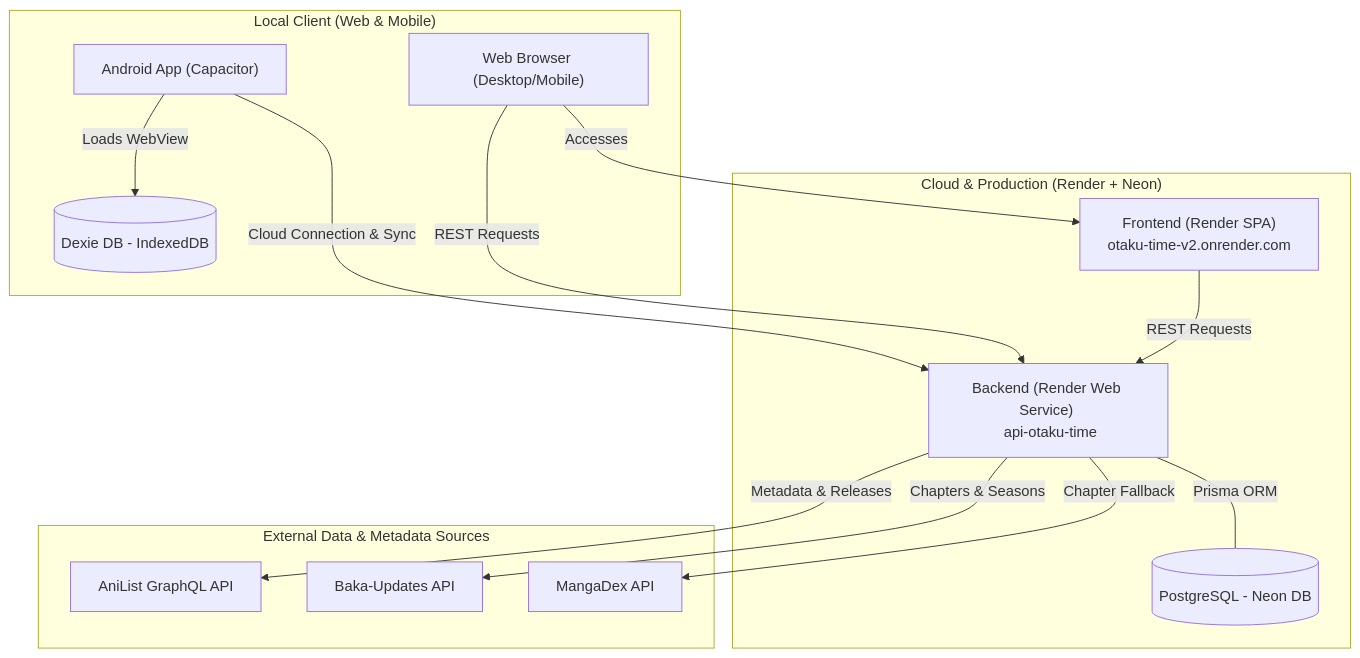
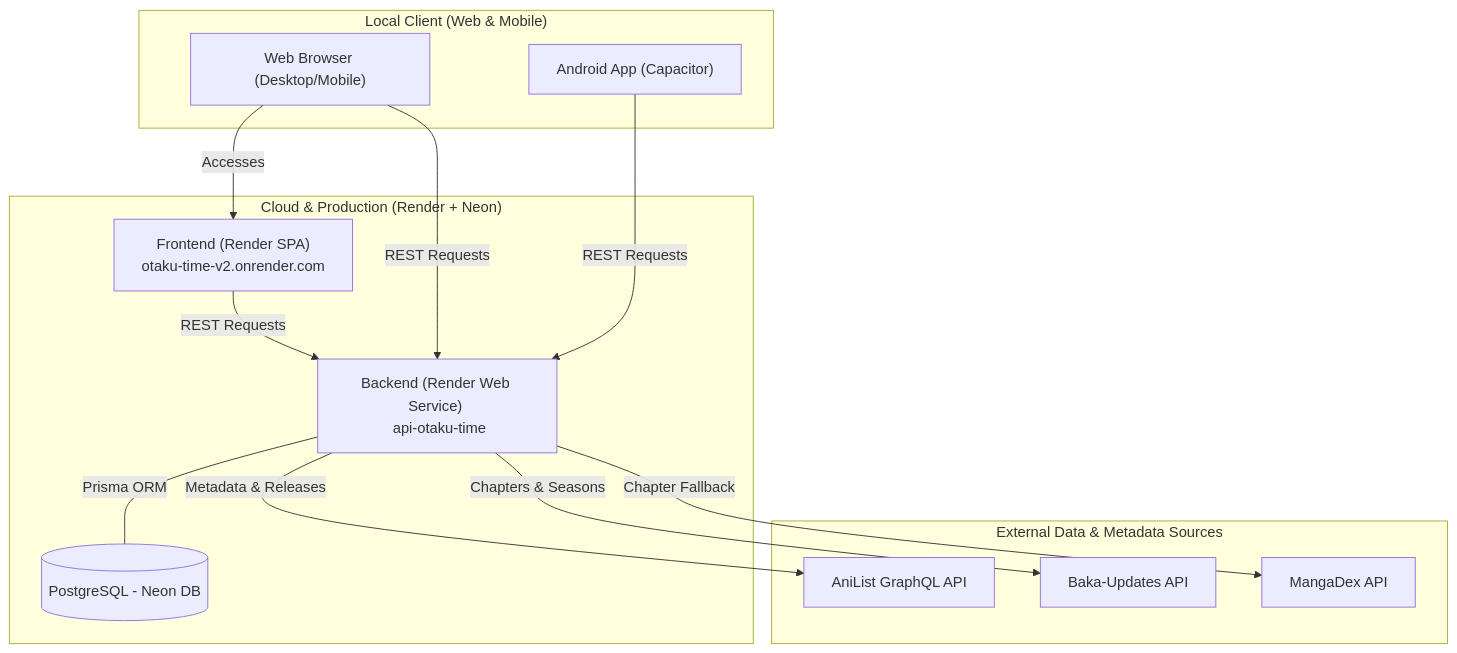
Before and after one commit to Braz55/Otaku-Time-v2: the first of 2 diagrams in README.md, drawn with Mermaid. The commit also changed other lines of this file and 12 other files, not shown here.

````diff
--- a/README.md
+++ b/README.md
@@ -62,34 +62,32 @@
 ```mermaid
 flowchart TD
     subgraph Cloud ["Cloud & Production (Render + Neon)"]
         FE_Render["Frontend (Render SPA) \n otaku-time-v2.onrender.com"]
         BE_Render["Backend (Render Web Service) \n api-otaku-time"]
         DB_Neon[(PostgreSQL - Neon DB)]
     end
 
     subgraph Device ["Local Client (Web & Mobile)"]
         Browser["Web Browser (Desktop/Mobile)"]
         Capacitor["Android App (Capacitor)"]
-        LocalDB[(Dexie DB - IndexedDB)]
     end
 
     subgraph External_Sources ["External Data & Metadata Sources"]
         AniList["AniList GraphQL API"]
         BakaUpdates["Baka-Updates API"]
         MangaDex["MangaDex API"]
     end
 
     %% Communication relationships
     Browser -->|Accesses| FE_Render
-    Capacitor -->|Loads WebView| LocalDB
     
     FE_Render -->|REST Requests| BE_Render
     Browser -->|REST Requests| BE_Render
-    Capacitor -->|Cloud Connection & Sync| BE_Render
+    Capacitor -->|REST Requests| BE_Render
     
     BE_Render ---|"Prisma ORM"| DB_Neon
     
     BE_Render -->|Metadata & Releases| AniList
     BE_Render -->|Chapters & Seasons| BakaUpdates
     BE_Render -->|Chapter Fallback| MangaDex
 ```
````
